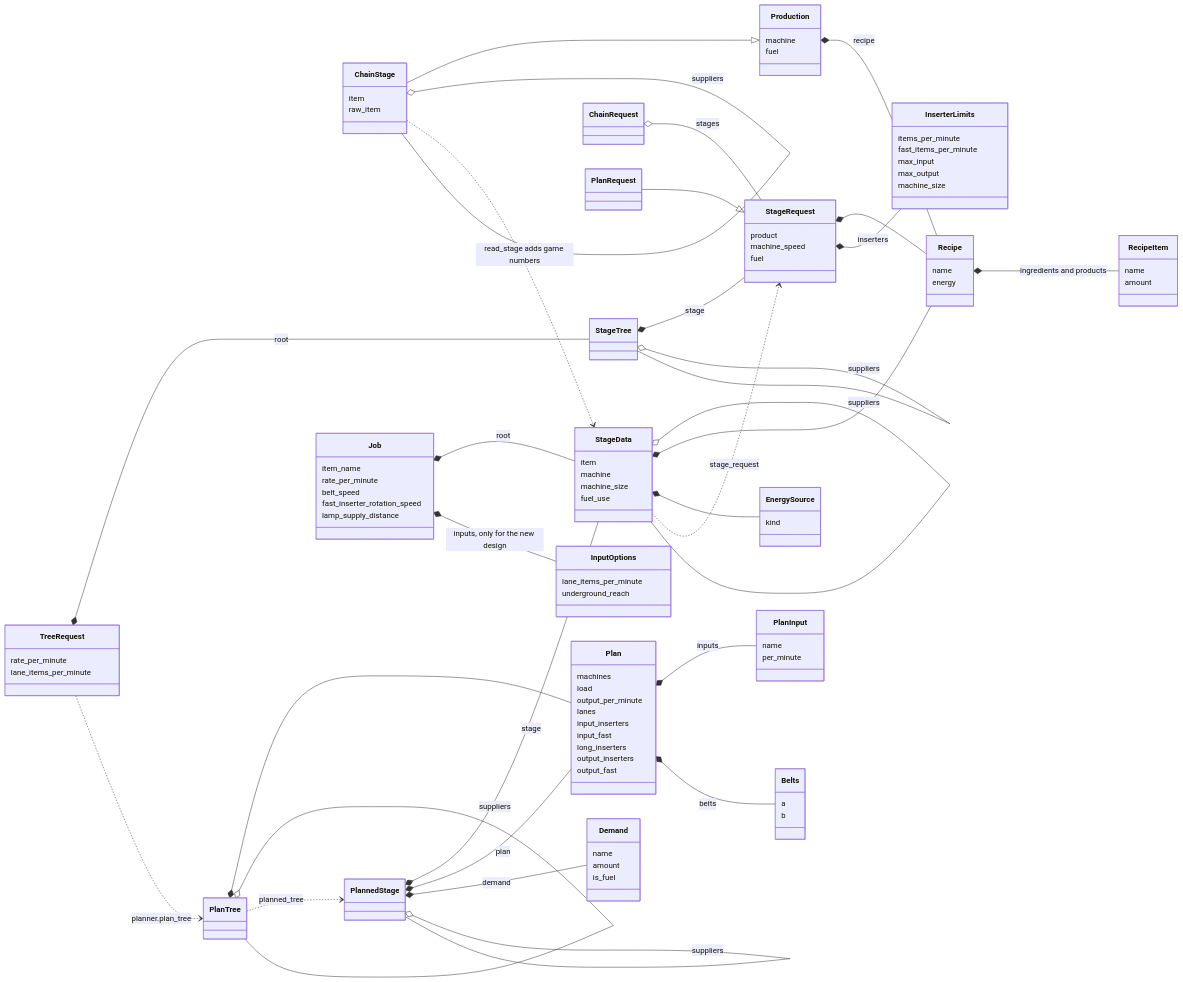
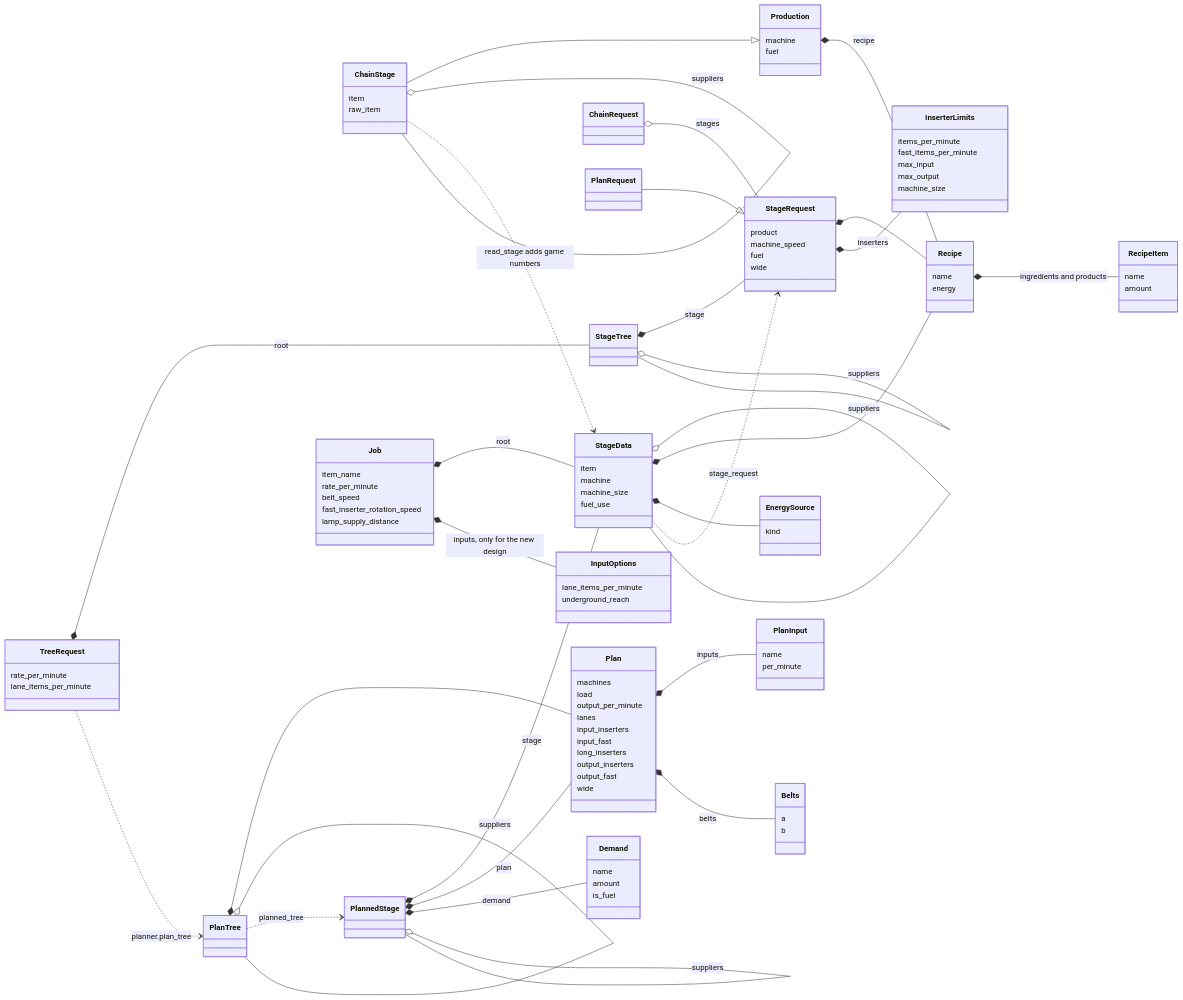
Before and after one commit to RibbonedAce/factorio-blueprint-generation: the third of 5 diagrams in TYPES.md, drawn with Mermaid. The commit also changed other lines of this file and 18 other files, not shown here.

```diff
--- a/TYPES.md
+++ b/TYPES.md
@@ -124,6 +124,7 @@
     product
     machine_speed
     fuel
+    wide
   }
   class InserterLimits {
     items_per_minute
@@ -159,6 +160,7 @@
     long_inserters
     output_inserters
     output_fast
+    wide
   }
   class PlanInput {
     name
```
